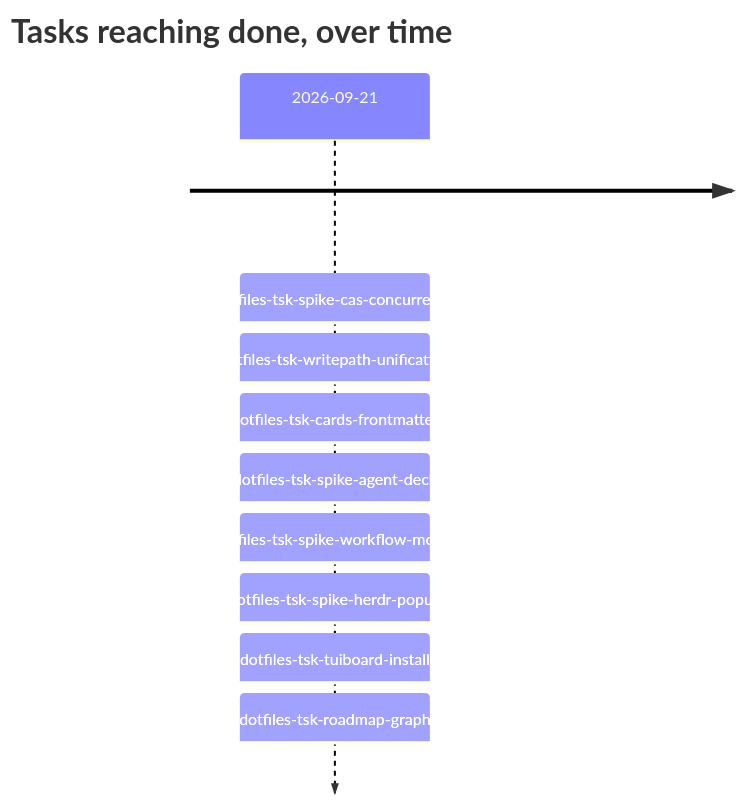
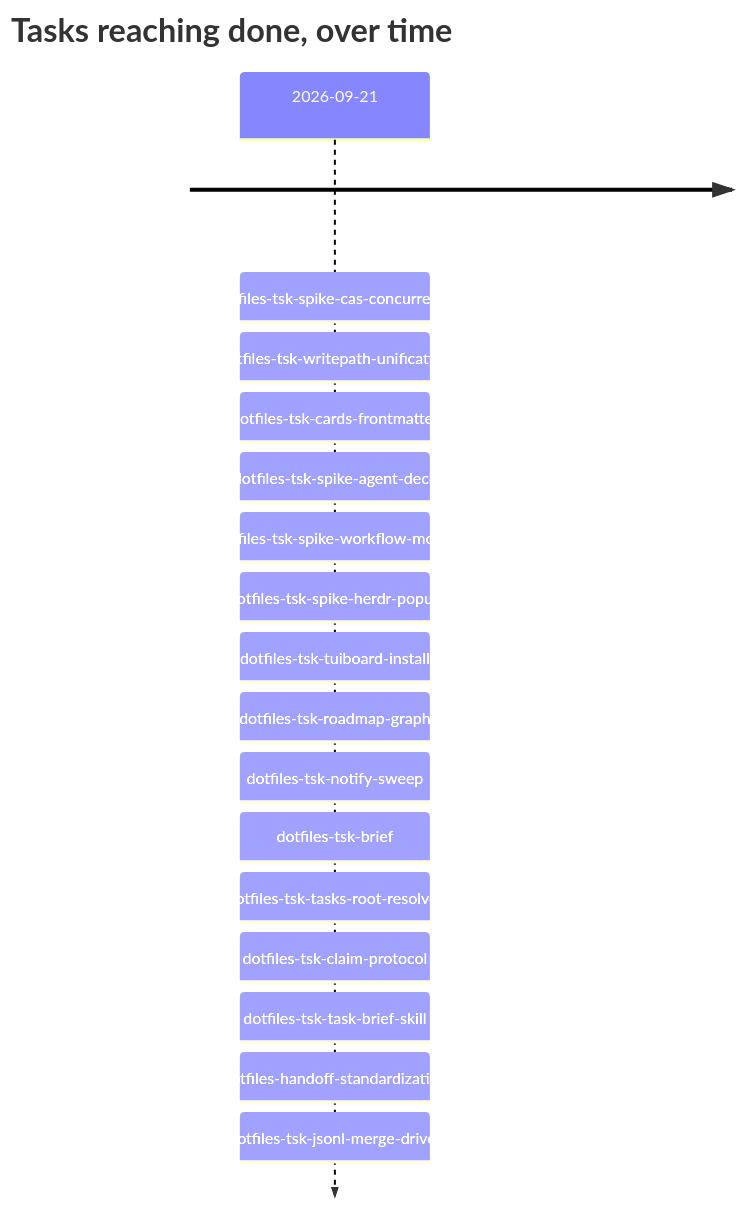
The second of 2 diagrams in tasks/roadmap.md (nmc-costa/dotfiles), drawn with Mermaid before and after one commit. The commit also changed other lines of this file and 12 other files, not shown here.

First line of the commit message:
tasks/: add 7 backlog cards for previously untracked known gaps

````diff
--- a/tasks/roadmap.md
+++ b/tasks/roadmap.md
@@ -68,5 +77,5 @@
 ```mermaid
 timeline
     title Tasks reaching done, over time
-    2026-09-21 : dotfiles-tsk-spike-cas-concurrency : dotfiles-tsk-writepath-unification : dotfiles-tsk-cards-frontmatter : dotfiles-tsk-spike-agent-deck : dotfiles-tsk-spike-workflow-model : dotfiles-tsk-spike-herdr-popup : dotfiles-tsk-tuiboard-install : dotfiles-tsk-roadmap-graph
+    2026-09-21 : dotfiles-tsk-spike-cas-concurrency : dotfiles-tsk-writepath-unification : dotfiles-tsk-cards-frontmatter : dotfiles-tsk-spike-agent-deck : dotfiles-tsk-spike-workflow-model : dotfiles-tsk-spike-herdr-popup : dotfiles-tsk-tuiboard-install : dotfiles-tsk-roadmap-graph : dotfiles-tsk-notify-sweep : dotfiles-tsk-brief : dotfiles-tsk-tasks-root-resolver : dotfiles-tsk-claim-protocol : dotfiles-tsk-task-brief-skill : dotfiles-handoff-standardization : dotfiles-tsk-jsonl-merge-driver
 ```
````
